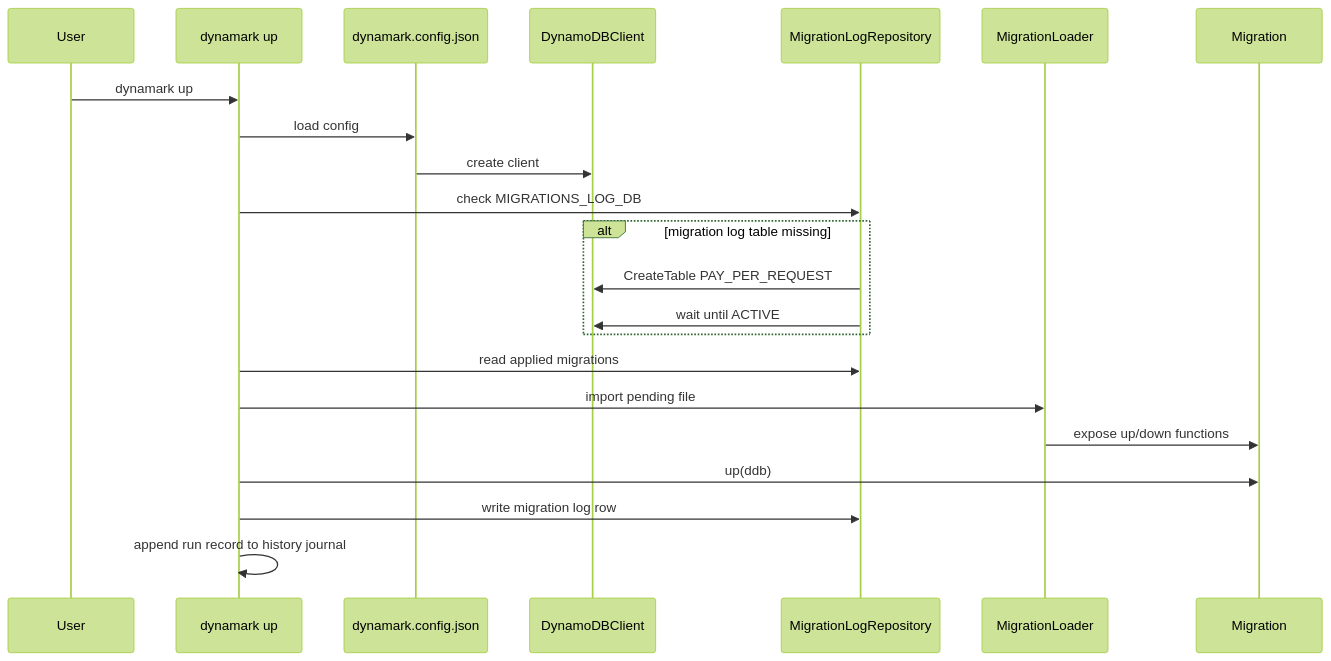
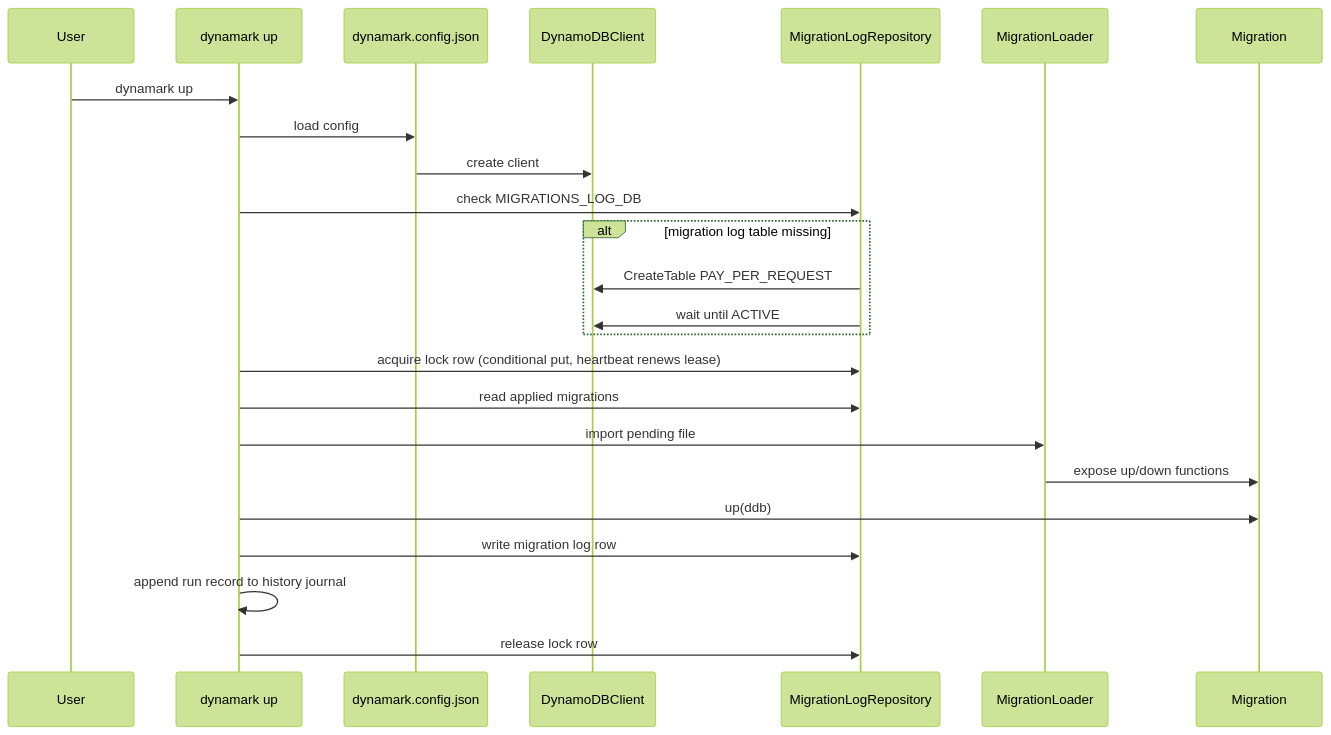
One commit to Gizmodlabs/dynamark changed the second of 4 diagrams in docs/architecture.md. Above: the diagram before and after it, drawn with Mermaid (forest theme). The commit also changed other lines of this file and 15 other files, not shown here.

````diff
--- a/docs/architecture.md
+++ b/docs/architecture.md
@@ -40,25 +40,27 @@
 ```mermaid
 sequenceDiagram
   participant User
   participant CLI as dynamark up
   participant Config as dynamark.config.json
   participant DDB as DynamoDBClient
   participant Repo as MigrationLogRepository
   participant Loader as MigrationLoader
   participant Migration
 
   User->>CLI: dynamark up
   CLI->>Config: load config
   Config->>DDB: create client
   CLI->>Repo: check MIGRATIONS_LOG_DB
   alt migration log table missing
     Repo->>DDB: CreateTable PAY_PER_REQUEST
     Repo->>DDB: wait until ACTIVE
   end
+  CLI->>Repo: acquire lock row (conditional put, heartbeat renews lease)
   CLI->>Repo: read applied migrations
   CLI->>Loader: import pending file
   Loader->>Migration: expose up/down functions
   CLI->>Migration: up(ddb)
   CLI->>Repo: write migration log row
   CLI->>CLI: append run record to history journal
+  CLI->>Repo: release lock row
 ```
````
